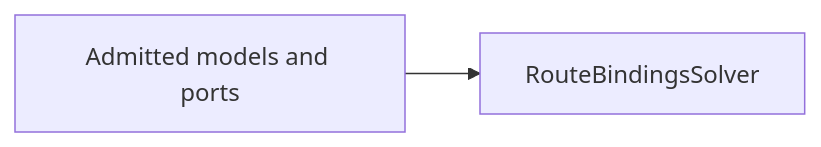
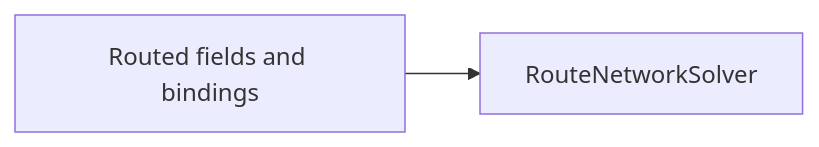
Before and after one commit to ShiboSoftwareDev/signal-integrity-pipeline: the first of 2 diagrams in README.md, drawn with Mermaid. The commit also changed other lines of this file and 23 other files, not shown here.

First line of the commit message:
feat: add RouteNetworkSolver

````diff
--- a/README.md
+++ b/README.md
@@ -18,4 +19,4 @@
 ```mermaid
 flowchart LR
-  input["Admitted models and ports"] --> result["RouteBindingsSolver"]
+  input["Routed fields and bindings"] --> result["RouteNetworkSolver"]
 ```
````
